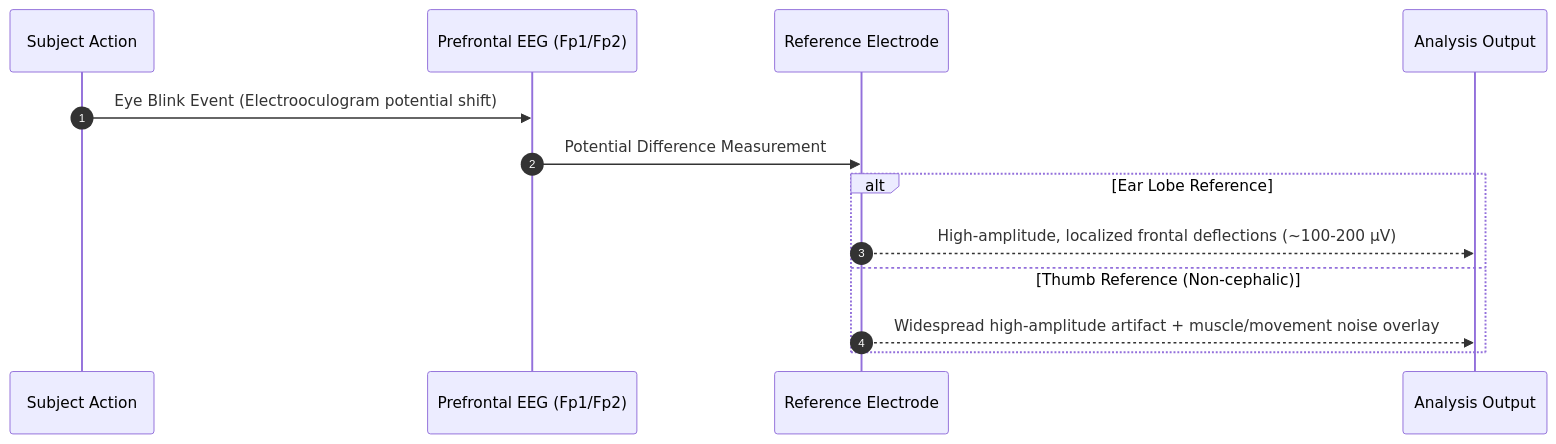
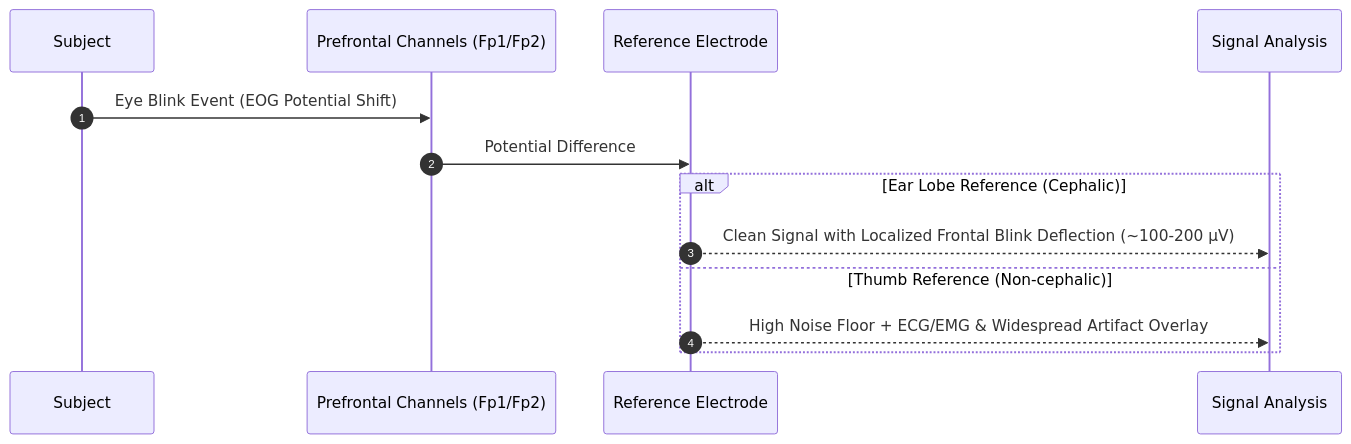
One commit to samirunuwanaka/Biomechnics changed the second of 3 diagrams in README.md. Above: the diagram before and after it, drawn with Mermaid. The commit also changed other lines of this file, not shown here.

Commit message:
docs: update root README to cover all biomechanics modules (EMG, EEG, Gait, Motion Analysis)

````diff
--- a/README.md
+++ b/README.md
@@ -51,16 +45,16 @@
 ```mermaid
 sequenceDiagram
     autonumber
-    participant Sub as Subject Action
-    participant EEG as Prefrontal EEG (Fp1/Fp2)
-    participant Ref as Reference Electrode
-    participant Out as Analysis Output
+    participant Subject
+    participant Prefrontal_EEG as Prefrontal Channels (Fp1/Fp2)
+    participant Reference as Reference Electrode
+    participant Output as Signal Analysis
 
-    Sub->>EEG: Eye Blink Event (Electrooculogram potential shift)
-    EEG->>Ref: Potential Difference Measurement
-    alt Ear Lobe Reference
-        Ref-->>Out: High-amplitude, localized frontal deflections (~100-200 µV)
+    Subject->>Prefrontal_EEG: Eye Blink Event (EOG Potential Shift)
+    Prefrontal_EEG->>Reference: Potential Difference
+    alt Ear Lobe Reference (Cephalic)
+        Reference-->>Output: Clean Signal with Localized Frontal Blink Deflection (~100-200 µV)
     else Thumb Reference (Non-cephalic)
-        Ref-->>Out: Widespread high-amplitude artifact + muscle/movement noise overlay
+        Reference-->>Output: High Noise Floor + ECG/EMG & Widespread Artifact Overlay
     end
 ```
````
